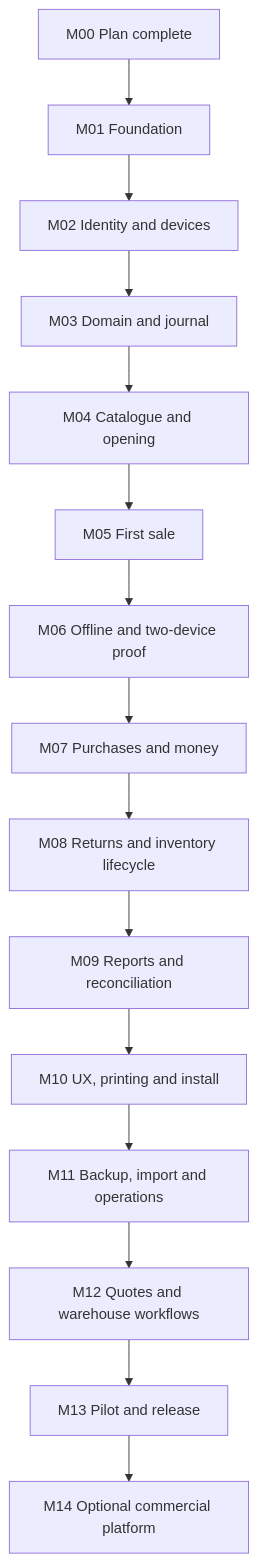
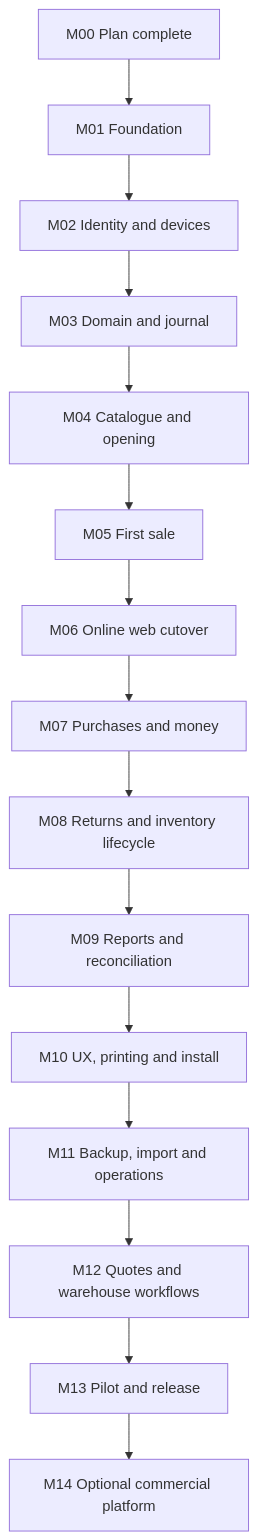
One commit to uzair592/buisness-management-software changed the diagram in docs/planning/10-delivery-roadmap.md. Above: the diagram before and after it, drawn with Mermaid. The commit also changed other lines of this file and 29 other files, not shown here.

Commit message:
Switch billing to online web operation and preserve legacy recovery

````diff
--- a/docs/planning/10-delivery-roadmap.md
+++ b/docs/planning/10-delivery-roadmap.md
@@ -25,17 +25,17 @@
 ```mermaid
 flowchart TD
     M00["M00 Plan complete"] --> M01["M01 Foundation"]
     M01 --> M02["M02 Identity and devices"]
     M02 --> M03["M03 Domain and journal"]
     M03 --> M04["M04 Catalogue and opening"]
     M04 --> M05["M05 First sale"]
-    M05 --> M06["M06 Offline and two-device proof"]
+    M05 --> M06["M06 Online web cutover"]
     M06 --> M07["M07 Purchases and money"]
     M07 --> M08["M08 Returns and inventory lifecycle"]
     M08 --> M09["M09 Reports and reconciliation"]
     M09 --> M10["M10 UX, printing and install"]
     M10 --> M11["M11 Backup, import and operations"]
     M11 --> M12["M12 Quotes and warehouse workflows"]
     M12 --> M13["M13 Pilot and release"]
     M13 --> M14["M14 Optional commercial platform"]
 ```
````
